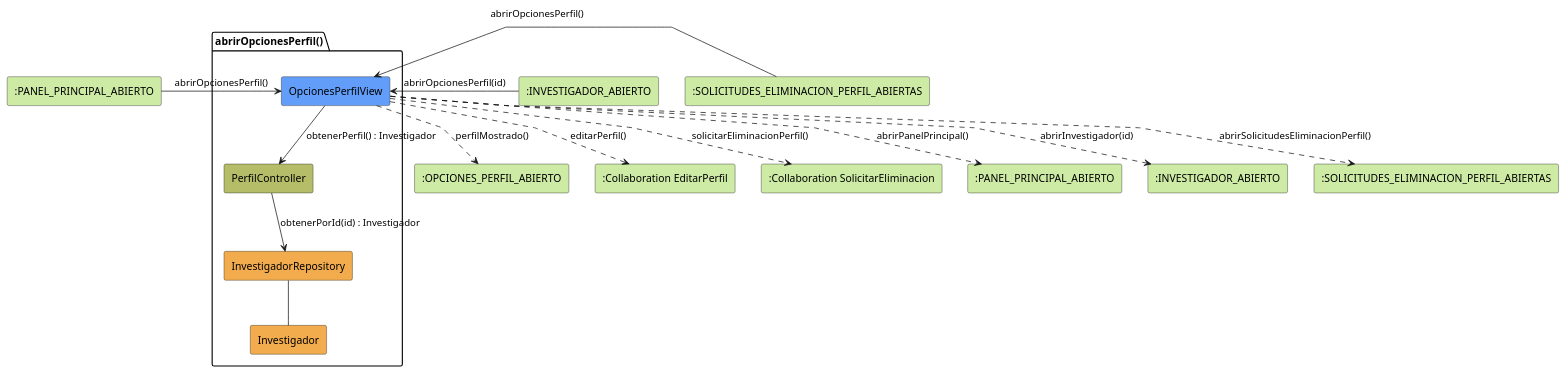
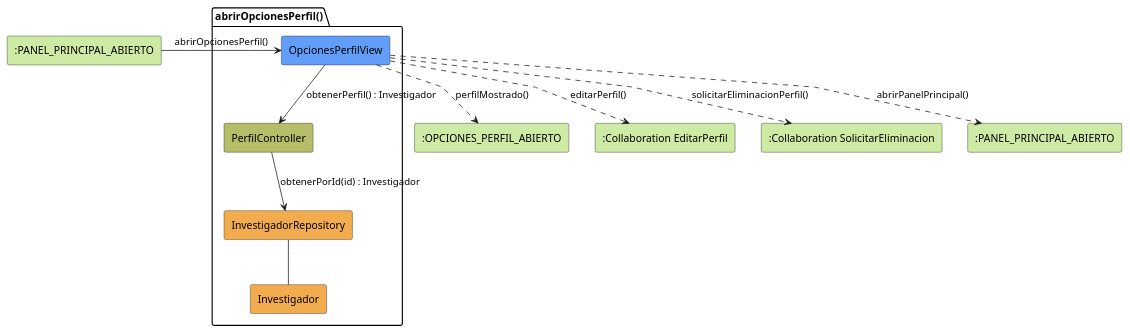
Before and after one commit to 31Diego/25-26-idsw2-sdVC: the diagram in modelosUML/analisis/coordinador/abrirOpcionesPerfil.puml, drawn with PlantUML. The commit also changed 19 other files, not shown here.

```diff
--- a/modelosUML/analisis/coordinador/abrirOpcionesPerfil.puml
+++ b/modelosUML/analisis/coordinador/abrirOpcionesPerfil.puml
@@ -1,39 +1,31 @@
 @startuml abrirOpcionesPerfil-analisis
 skinparam linetype polyline
 
 rectangle #CDEBA5 ":PANEL_PRINCIPAL_ABIERTO" as PanelPrincipal
-rectangle #CDEBA5 ":INVESTIGADOR_ABIERTO" as InvestigadorAbierto
-rectangle #CDEBA5 ":SOLICITUDES_ELIMINACION_PERFIL_ABIERTAS" as SolicitudesEliminacion
 
 package abrirOpcionesPerfil as "abrirOpcionesPerfil()" {
     rectangle #629EF9 OpcionesPerfilView
     rectangle #b5bd68 PerfilController
     rectangle #F2AC4E InvestigadorRepository
     rectangle #F2AC4E Investigador
 }
 
 rectangle #CDEBA5 ":OPCIONES_PERFIL_ABIERTO" as OpcionesPerfilAbierto
 rectangle #CDEBA5 ":Collaboration EditarPerfil" as ColEditarPerfil
 rectangle #CDEBA5 ":Collaboration SolicitarEliminacion" as ColSolicitarEliminacion
 rectangle #CDEBA5 ":PANEL_PRINCIPAL_ABIERTO" as PanelSalida
-rectangle #CDEBA5 ":INVESTIGADOR_ABIERTO" as InvestigadorSalida
-rectangle #CDEBA5 ":SOLICITUDES_ELIMINACION_PERFIL_ABIERTAS" as SolicitudesSalida
 
 PanelPrincipal -r-> OpcionesPerfilView: abrirOpcionesPerfil()
-InvestigadorAbierto -r-> OpcionesPerfilView: abrirOpcionesPerfil(id)
-SolicitudesEliminacion -r-> OpcionesPerfilView: abrirOpcionesPerfil()
 
 OpcionesPerfilView -d-> PerfilController: obtenerPerfil() : Investigador
 
 PerfilController --> InvestigadorRepository: obtenerPorId(id) : Investigador
 
 InvestigadorRepository -- Investigador
 
 OpcionesPerfilView ..> OpcionesPerfilAbierto: perfilMostrado()
 OpcionesPerfilView ..> ColEditarPerfil: editarPerfil()
 OpcionesPerfilView ..> ColSolicitarEliminacion: solicitarEliminacionPerfil()
 OpcionesPerfilView ..> PanelSalida: abrirPanelPrincipal()
-OpcionesPerfilView ..> InvestigadorSalida: abrirInvestigador(id)
-OpcionesPerfilView ..> SolicitudesSalida: abrirSolicitudesEliminacionPerfil()
 
 @enduml
```
